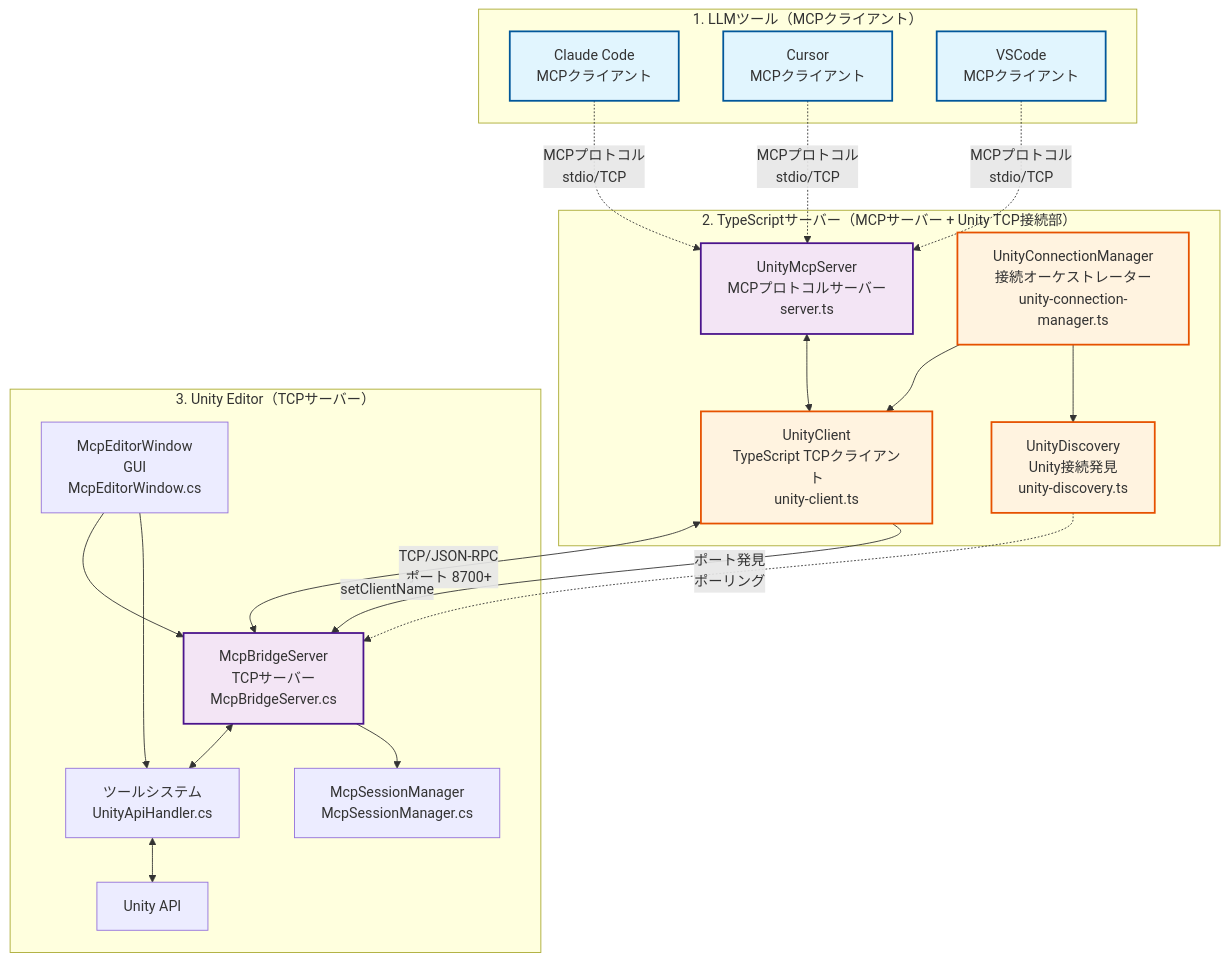
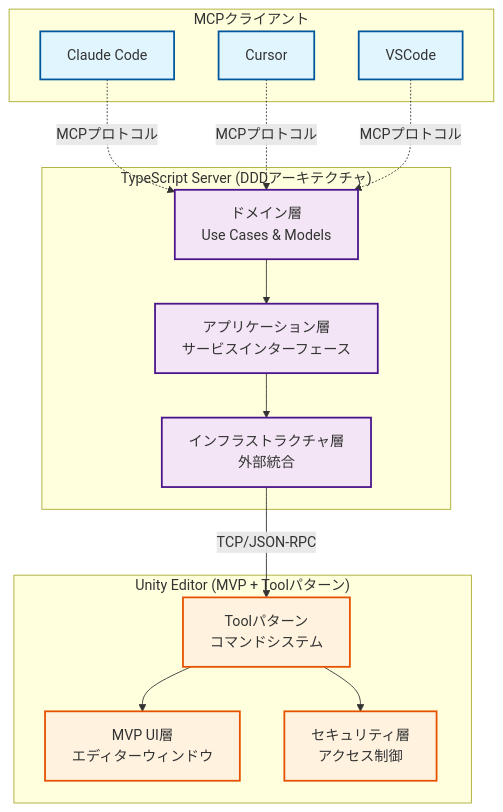
The diagram in Packages/src/ARCHITECTURE_ja.md (hatayama/uLoopMCP), drawn with Mermaid before and after one commit. The commit also changed other lines of this file and 9 other files, not shown here.

First line of the commit message:
docs: restructure architecture documentation with detailed Unity and TypeScript guides

````diff
--- a/Packages/src/ARCHITECTURE_ja.md
+++ b/Packages/src/ARCHITECTURE_ja.md
@@ -9,47 +18,38 @@
 ```mermaid
 graph TB
-    subgraph "1. LLMツール（MCPクライアント）"
-        Claude[Claude Code<br/>MCPクライアント]
-        Cursor[Cursor<br/>MCPクライアント]
-        VSCode[VSCode<br/>MCPクライアント]
+    subgraph "MCPクライアント"
+        Claude[Claude Code]
+        Cursor[Cursor]
+        VSCode[VSCode]
     end
     
-    subgraph "2. TypeScriptサーバー（MCPサーバー + Unity TCP接続部）"
-        MCP[UnityMcpServer<br/>MCPプロトコルサーバー<br/>server.ts]
-        UC[UnityClient<br/>TypeScript TCPクライアント<br/>unity-client.ts]
-        UCM[UnityConnectionManager<br/>接続オーケストレーター<br/>unity-connection-manager.ts]
-        UD[UnityDiscovery<br/>Unity接続発見<br/>unity-discovery.ts]
+    subgraph "TypeScript Server (DDDアーキテクチャ)"
+        Domain[ドメイン層<br/>Use Cases & Models]
+        App[アプリケーション層<br/>サービスインターフェース]
+        Infra[インフラストラクチャ層<br/>外部統合]
     end
     
-    subgraph "3. Unity Editor（TCPサーバー）"
-        MB[McpBridgeServer<br/>TCPサーバー<br/>McpBridgeServer.cs]
-        CMD[ツールシステム<br/>UnityApiHandler.cs]
-        UI[McpEditorWindow<br/>GUI<br/>McpEditorWindow.cs]
-        API[Unity API]
-        SM[McpSessionManager<br/>McpSessionManager.cs]
+    subgraph "Unity Editor (MVP + Toolパターン)"
+        UI[MVP UI層<br/>エディターウィンドウ]
+        Tools[Toolパターン<br/>コマンドシステム]
+        Security[セキュリティ層<br/>アクセス制御]
     end
     
-    Claude -.->|MCPプロトコル<br/>stdio/TCP| MCP
-    Cursor -.->|MCPプロトコル<br/>stdio/TCP| MCP
-    VSCode -.->|MCPプロトコル<br/>stdio/TCP| MCP
+    Claude -.->|MCPプロトコル| Domain
+    Cursor -.->|MCPプロトコル| Domain
+    VSCode -.->|MCPプロトコル| Domain
     
-    MCP <--> UC
-    UCM --> UC
-    UCM --> UD
-    UD -.->|ポート発見<br/>ポーリング| MB
-    UC <-->|TCP/JSON-RPC<br/>ポート 8700+| MB
-    UC -->|setClientName| MB
-    MB <--> CMD
-    CMD <--> API
-    UI --> MB
-    UI --> CMD
-    MB --> SM
+    Domain --> App
+    App --> Infra
+    Infra -->|TCP/JSON-RPC| Tools
+    Tools --> Security
+    Tools --> UI
     
     classDef client fill:#e1f5fe,stroke:#01579b,stroke-width:2px
     classDef server fill:#f3e5f5,stroke:#4a148c,stroke-width:2px
-    classDef bridge fill:#fff3e0,stroke:#e65100,stroke-width:2px
+    classDef unity fill:#fff3e0,stroke:#e65100,stroke-width:2px
     
     class Claude,Cursor,VSCode client
-    class MCP,MB server
-    class UC,UD,UCM bridge
+    class Domain,App,Infra server
+    class UI,Tools,Security unity
 ```
````
